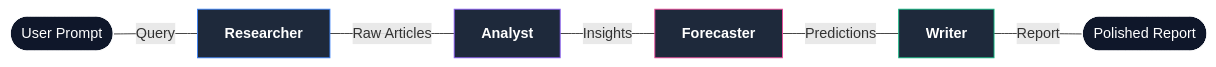
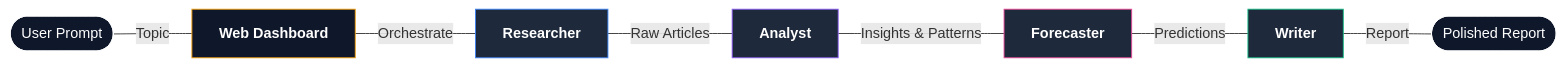
One commit to Piyush-Karn/Autonomous_Workflow changed the diagram in readme.md. Above: the diagram before and after it, drawn with Mermaid. The commit also changed other lines of this file and 25 other files, not shown here.

Commit message:
feat: unified web dashboard, refined analysis patterns, and professional documentation suite

````diff
--- a/readme.md
+++ b/readme.md
@@ -33,15 +42,17 @@
 ```mermaid
 graph LR
-    User([User Prompt]) ---|Query| R[<b>Researcher</b>]
+    User([User Prompt]) ---|Topic| Hub[<b>Web Dashboard</b>]
+    Hub ---|Orchestrate| R[<b>Researcher</b>]
     R ---|Raw Articles| A[<b>Analyst</b>]
-    A ---|Insights| F[<b>Forecaster</b>]
+    A ---|Insights & Patterns| F[<b>Forecaster</b>]
     F ---|Predictions| W[<b>Writer</b>]
     W ---|Report| Output([Polished Report])
 
     style R fill:#1e293b,stroke:#3b82f6,color:#fff
     style A fill:#1e293b,stroke:#8b5cf6,color:#fff
     style F fill:#1e293b,stroke:#ec4899,color:#fff
     style W fill:#1e293b,stroke:#10b981,color:#fff
+    style Hub fill:#0f172a,stroke:#f59e0b,color:#fff
     style User fill:#0f172a,stroke:#fff,color:#fff
     style Output fill:#0f172a,stroke:#fff,color:#fff
 ```
````
